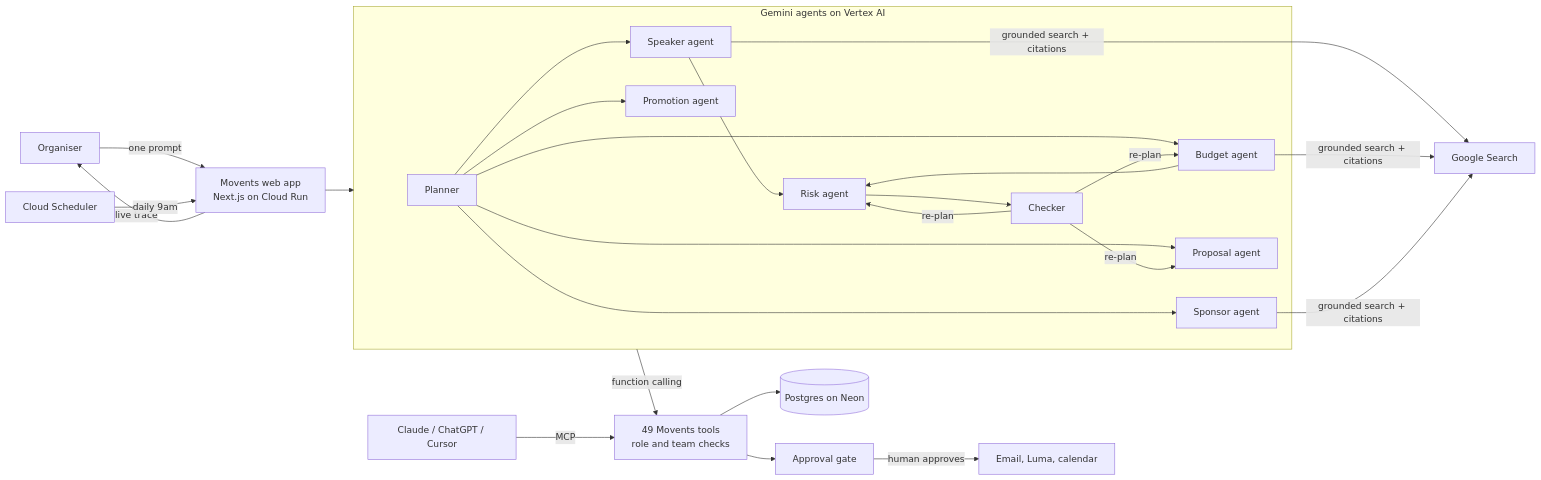
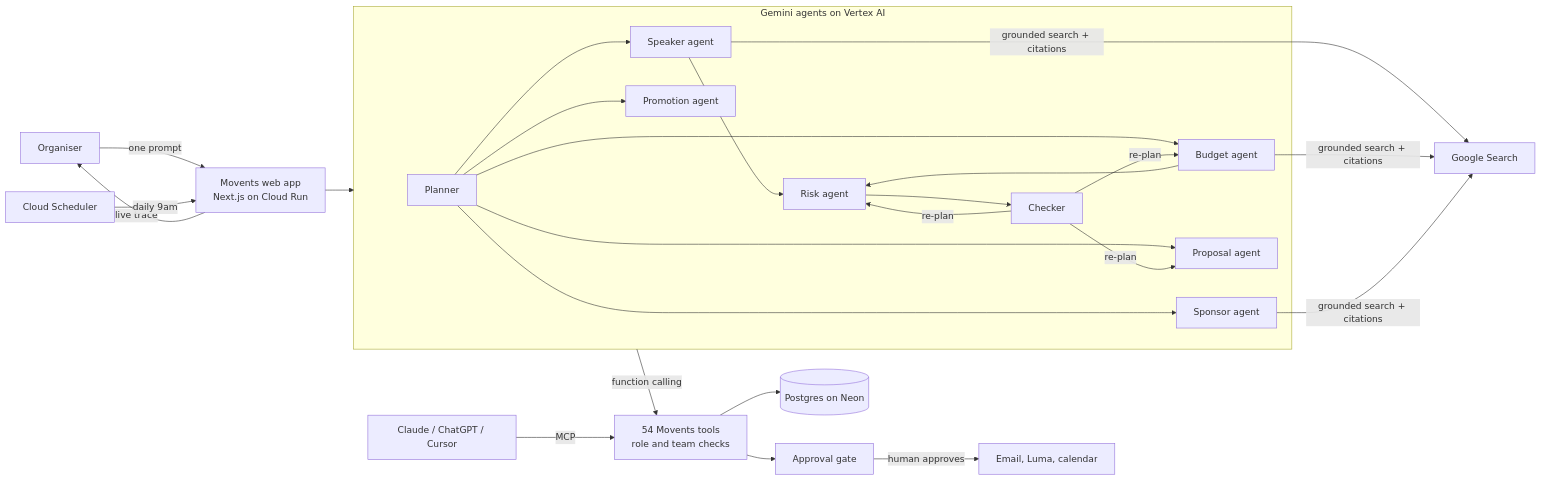
The diagram in README.md (ZenBen5173/movents-ai-builder-cup), drawn with Mermaid before and after one commit. The commit also changed other lines of this file and 9 other files, not shown here.

````diff
--- a/README.md
+++ b/README.md
@@ -94,23 +111,23 @@
 ```mermaid
 flowchart LR
   U[Organiser] -->|one prompt| W[Movents web app<br/>Next.js on Cloud Run]
   W -->|live trace| U
   subgraph Agents[Gemini agents on Vertex AI]
     P[Planner] --> S[Speaker agent]
     P --> B[Budget agent]
     P --> SP[Sponsor agent]
     P --> PR[Proposal agent]
     P --> PM[Promotion agent]
     S & B --> R[Risk agent]
     R --> C[Checker]
     C -->|re-plan| B & R & PR
   end
   W --> Agents
   S & B & SP -->|grounded search + citations| G[Google Search]
-  Agents -->|function calling| T[49 Movents tools<br/>role and team checks]
+  Agents -->|function calling| T[54 Movents tools<br/>role and team checks]
   T --> DB[(Postgres on Neon)]
   T --> A[Approval gate]
   A -->|human approves| O[Email, Luma, calendar]
   X[Claude / ChatGPT / Cursor] -->|MCP| T
   SCH[Cloud Scheduler] -->|daily 9am| W
 ```
````
